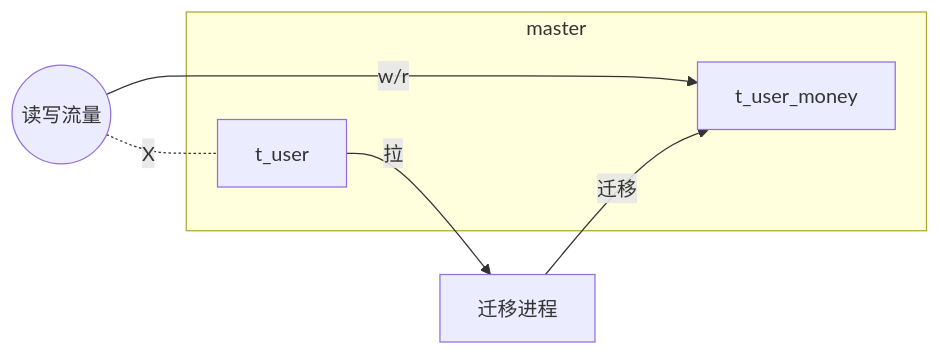
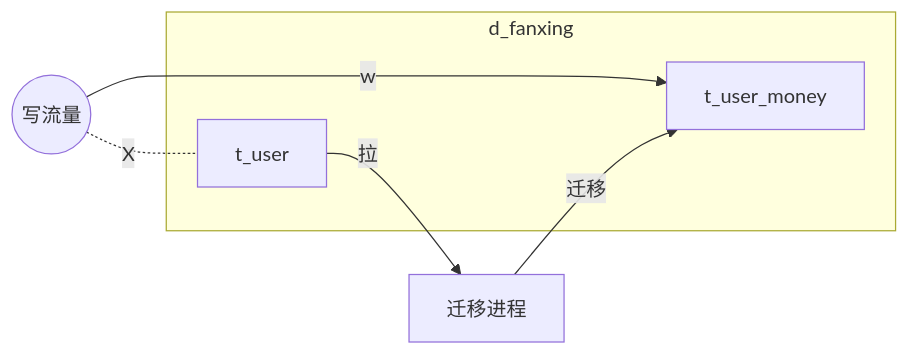
One commit to leiwingqueen/liyongquan.github.io changed the fifth of 8 diagrams in _posts/2019-11-21-职级论文_李泳权_v1.md. Above: the diagram before and after it, drawn with Mermaid. The commit also changed other lines of this file, not shown here.

````diff
--- a/_posts/2019-11-21-职级论文_李泳权_v1.md
+++ b/_posts/2019-11-21-职级论文_李泳权_v1.md
@@ -318,12 +271,12 @@
 ```mermaid
 graph LR
-L((读写流量))
+L((写流量))
 L-.-|X|t_user
-L-->|w/r|t_user_money
-subgraph master
+L-->|w|t_user_money
+subgraph d_fanxing
 t_user
 t_user_money
 end
 t_user-->|拉|迁移进程
 迁移进程-->|迁移|t_user_money
 ```
````
